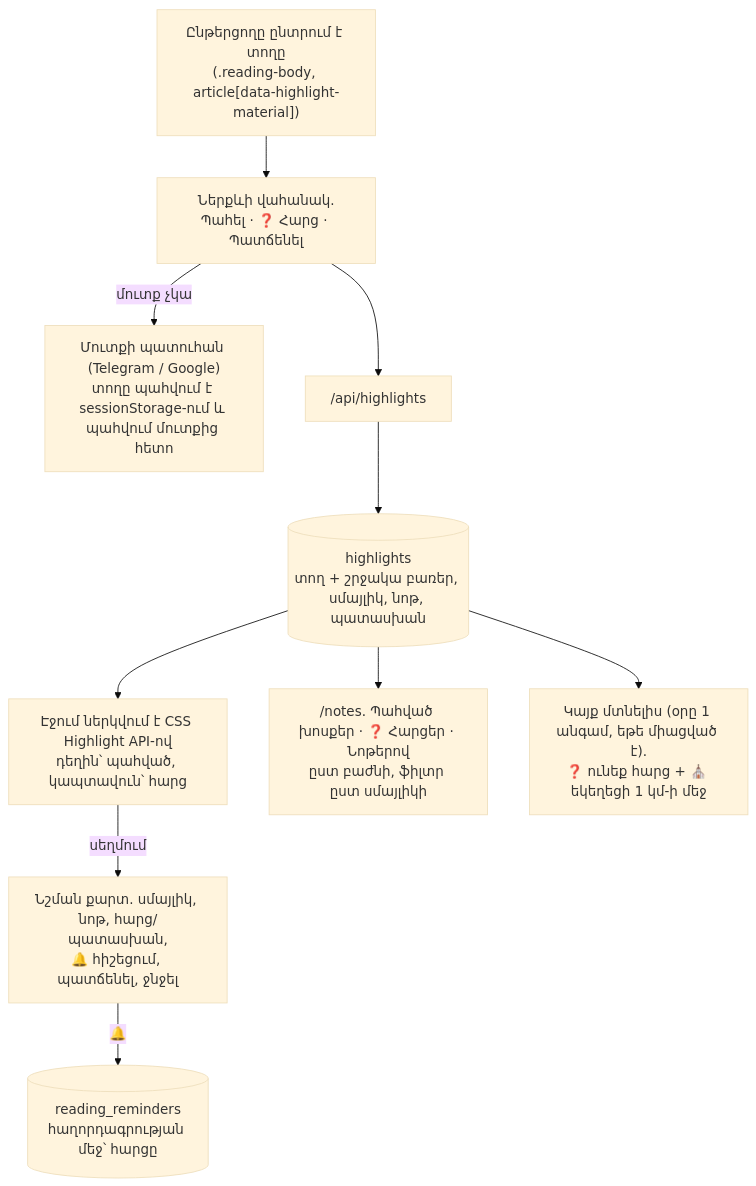
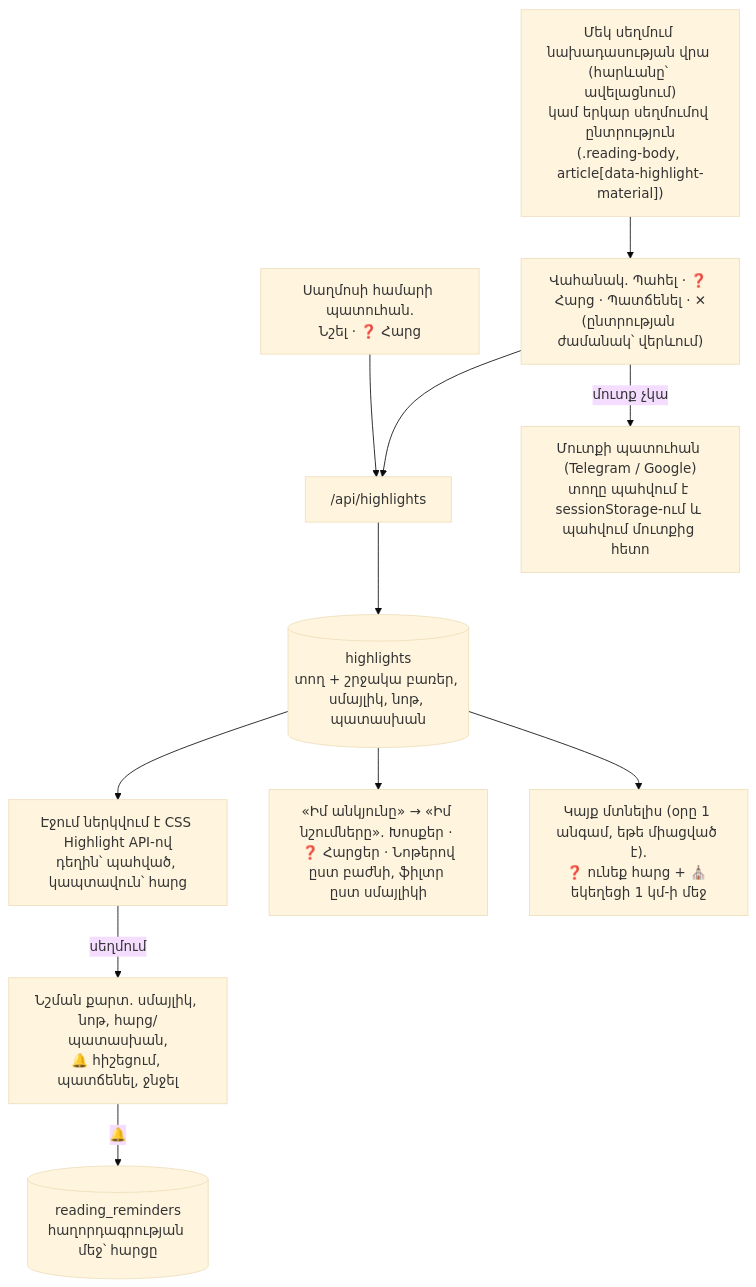
Before and after one commit to T0n0yan/armenian-apostolic-digital-library: diagram 14 of 23 in docs/ARCHITECTURE.md, drawn with Mermaid (base theme). The commit also changed other lines of this file and 19 other files, not shown here.

First line of the commit message:
Նշումներ. մեկ սեղմումով նախադասություն, «Իմ անկյունը»՝ 3 ներդիր

````diff
--- a/docs/ARCHITECTURE.md
+++ b/docs/ARCHITECTURE.md
@@ -381,11 +381,12 @@
 ```mermaid
 flowchart TD
-  SEL["Ընթերցողը ընտրում է տողը<br/>(.reading-body, article[data-highlight-material])"] --> BAR["Ներքևի վահանակ.<br/>Պահել · ❓ Հարց · Պատճենել"]
+  SEL["Մեկ սեղմում նախադասության վրա (հարևանը՝ ավելացնում)<br/>կամ երկար սեղմումով ընտրություն<br/>(.reading-body, article[data-highlight-material])"] --> BAR["Վահանակ. Պահել · ❓ Հարց · Պատճենել · ✕<br/>(ընտրության ժամանակ՝ վերևում)"]
+  VP["Սաղմոսի համարի պատուհան.<br/>Նշել · ❓ Հարց"] --> API
   BAR -->|"մուտք չկա"| SIGN["Մուտքի պատուհան (Telegram / Google)<br/>տողը պահվում է sessionStorage-ում և պահվում մուտքից հետո"]
   BAR --> API["/api/highlights"] --> DB[("highlights<br/>տող + շրջակա բառեր, սմայլիկ, նոթ, պատասխան")]
   DB --> PAINT["Էջում ներկվում է CSS Highlight API-ով<br/>դեղին՝ պահված, կապտավուն՝ հարց"]
   PAINT -->|"սեղմում"| SHEET["Նշման քարտ. սմայլիկ, նոթ, հարց/պատասխան,<br/>🔔 հիշեցում, պատճենել, ջնջել"]
-  DB --> NOTES["/notes. Պահված խոսքեր · ❓ Հարցեր · Նոթերով<br/>ըստ բաժնի, ֆիլտր ըստ սմայլիկի"]
+  DB --> NOTES["«Իմ անկյունը» → «Իմ նշումները». Խոսքեր · ❓ Հարցեր · Նոթերով<br/>ըստ բաժնի, ֆիլտր ըստ սմայլիկի"]
   SHEET -->|"🔔"| REM[("reading_reminders<br/>հաղորդագրության մեջ՝ հարցը")]
   DB --> NUDGE["Կայք մտնելիս (օրը 1 անգամ, եթե միացված է).<br/>❓ ունեք հարց + ⛪ եկեղեցի 1 կմ-ի մեջ"]
 ```
````
